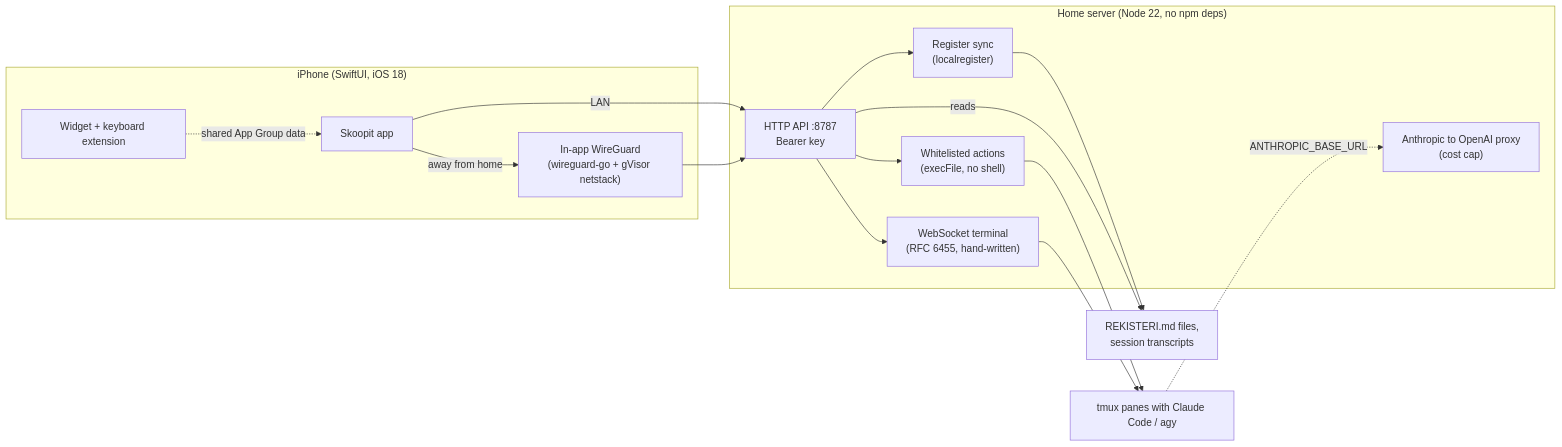
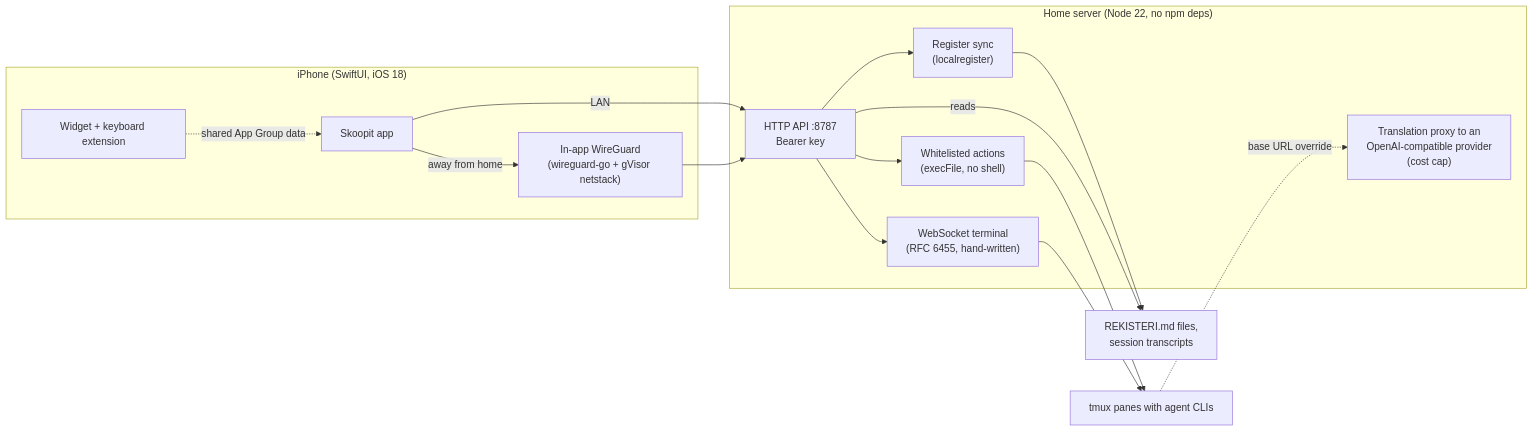
Before and after one commit to Rolppe/scopes_v1: the diagram in README.md, drawn with Mermaid. The commit also changed other lines of this file and 2 other files, not shown here.

````diff
--- a/README.md
+++ b/README.md
@@ -39,25 +42,25 @@
 ```mermaid
 flowchart LR
   subgraph Phone["iPhone (SwiftUI, iOS 18)"]
     App["Skoopit app"]
     Ext["Widget + keyboard extension"]
     Tun["In-app WireGuard<br/>(wireguard-go + gVisor netstack)"]
   end
   subgraph Server["Home server (Node 22, no npm deps)"]
     API["HTTP API :8787<br/>Bearer key"]
     Act["Whitelisted actions<br/>(execFile, no shell)"]
     WS["WebSocket terminal<br/>(RFC 6455, hand-written)"]
     LR["Register sync<br/>(localregister)"]
-    Proxy["Anthropic to OpenAI proxy<br/>(cost cap)"]
+    Proxy["Translation proxy to an<br/>OpenAI-compatible provider<br/>(cost cap)"]
   end
-  Tmux["tmux panes with Claude Code / agy"]
+  Tmux["tmux panes with agent CLIs"]
   Reg["REKISTERI.md files,<br/>session transcripts"]
   App -->|"LAN"| API
   App -->|"away from home"| Tun --> API
   Ext -.->|"shared App Group data"| App
   API --> Act --> Tmux
   API --> LR --> Reg
   API --> WS --> Tmux
-  Tmux -.->|"ANTHROPIC_BASE_URL"| Proxy
+  Tmux -.->|"base URL override"| Proxy
   API -->|"reads"| Reg
 ```
````
